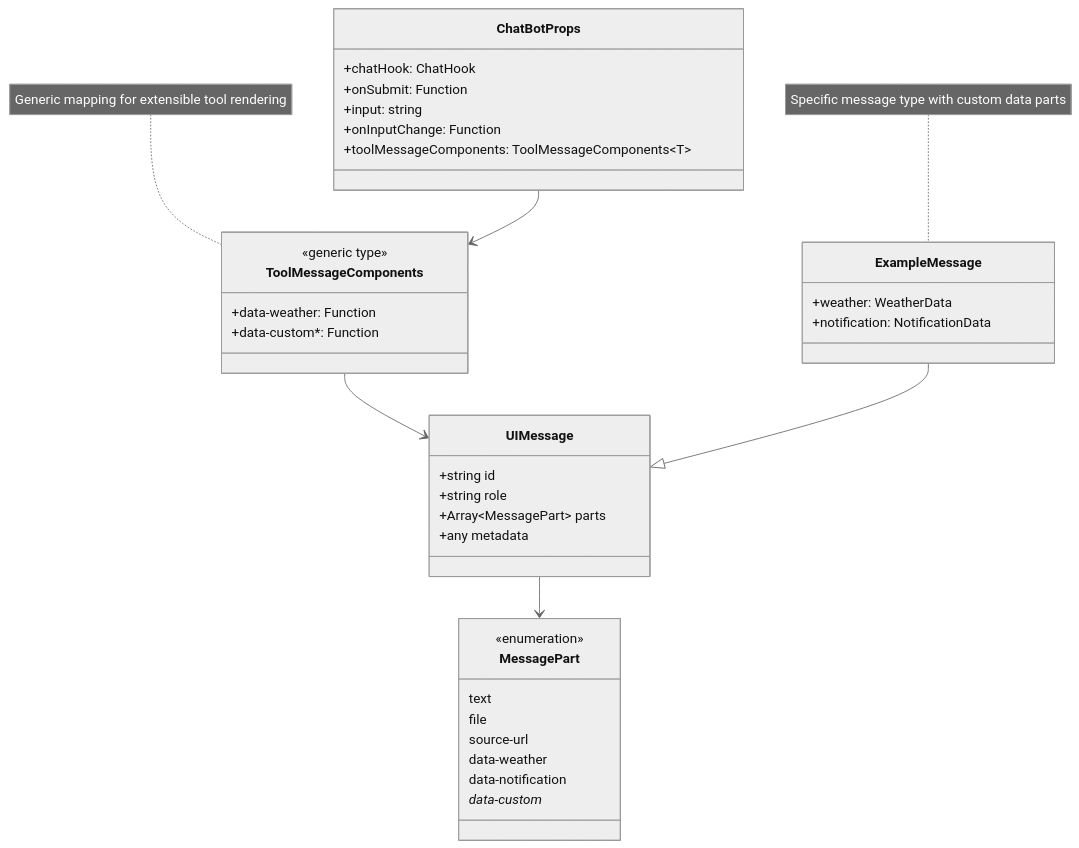
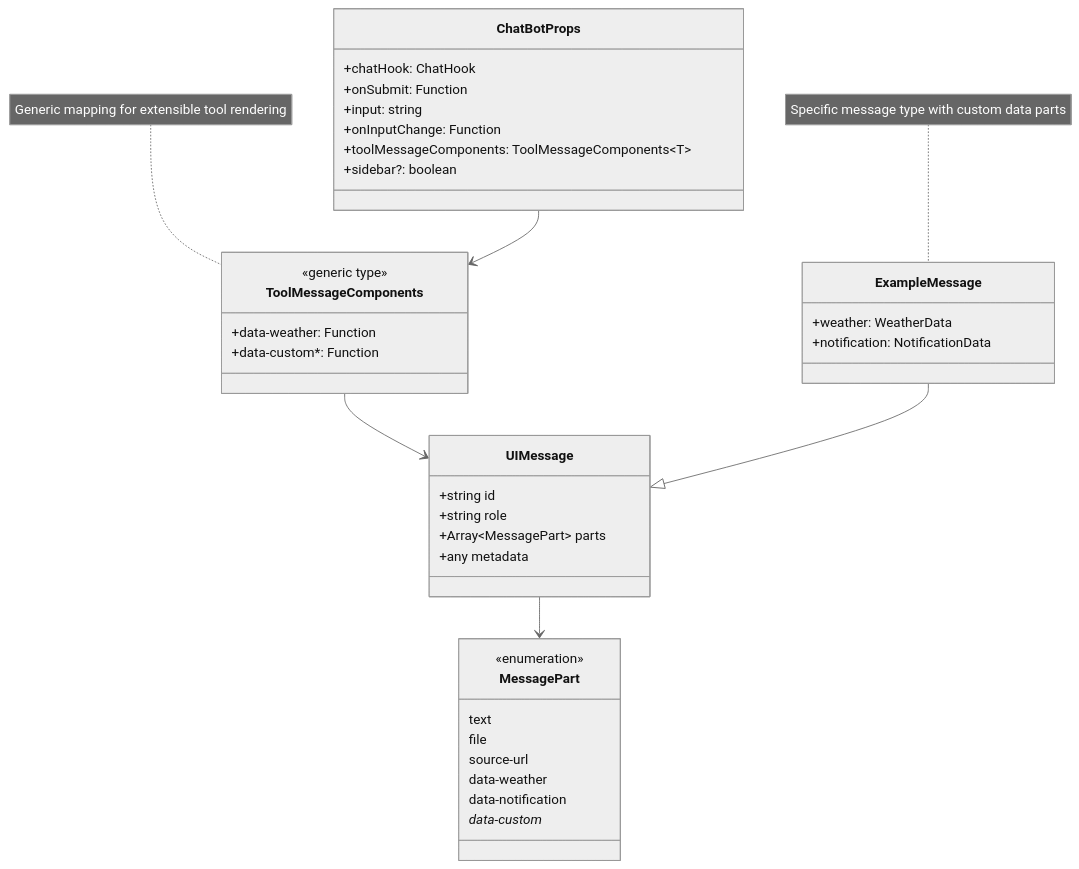
Before and after one commit to credence-devanalytics/rtm-portal-hasif: the third of 7 diagrams in docs/chatbot-architecture.md, drawn with Mermaid (neutral theme). The commit also changed other lines of this file, not shown here.

Commit message:
docs: update for sidebar

````diff
--- a/docs/chatbot-architecture.md
+++ b/docs/chatbot-architecture.md
@@ -111,46 +127,47 @@
 ```mermaid
 classDiagram
     class UIMessage {
         +string id
         +string role
         +Array~MessagePart~ parts
         +any metadata
     }
 
     class MessagePart {
         <<enumeration>>
         text
         file
         source-url
         data-weather
         data-notification
         data-custom*
     }
 
     class ToolMessageComponents {
         <<generic type>>
         +data-weather: Function
         +data-custom*: Function
     }
 
     class ChatBotProps {
         +chatHook: ChatHook
         +onSubmit: Function
         +input: string
         +onInputChange: Function
         +toolMessageComponents: ToolMessageComponents~T~
+        +sidebar?: boolean
     }
 
     class ExampleMessage {
         +weather: WeatherData
         +notification: NotificationData
     }
 
     UIMessage --> MessagePart
     ToolMessageComponents --> UIMessage
     ChatBotProps --> ToolMessageComponents
     ExampleMessage --|> UIMessage
 
     note for ToolMessageComponents "Generic mapping for extensible tool rendering"
     note for ExampleMessage "Specific message type with custom data parts"
 ```
````
